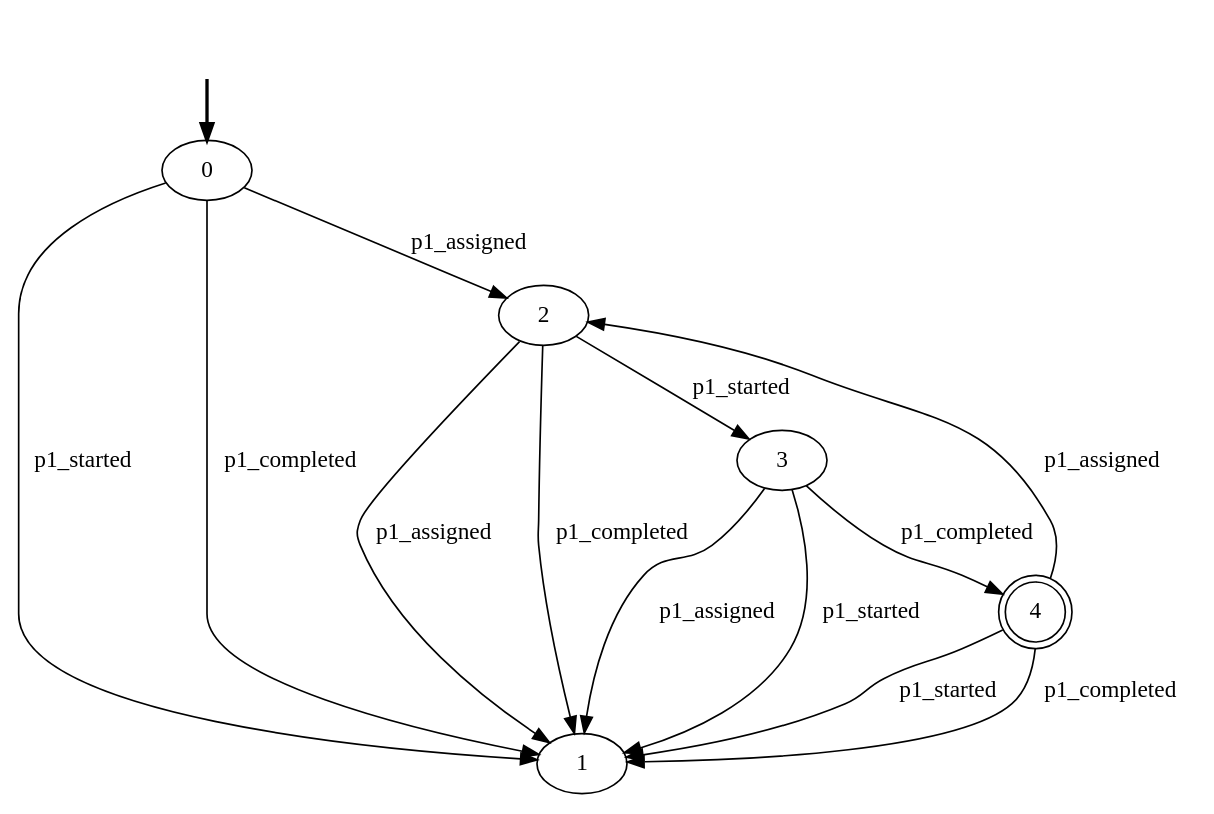
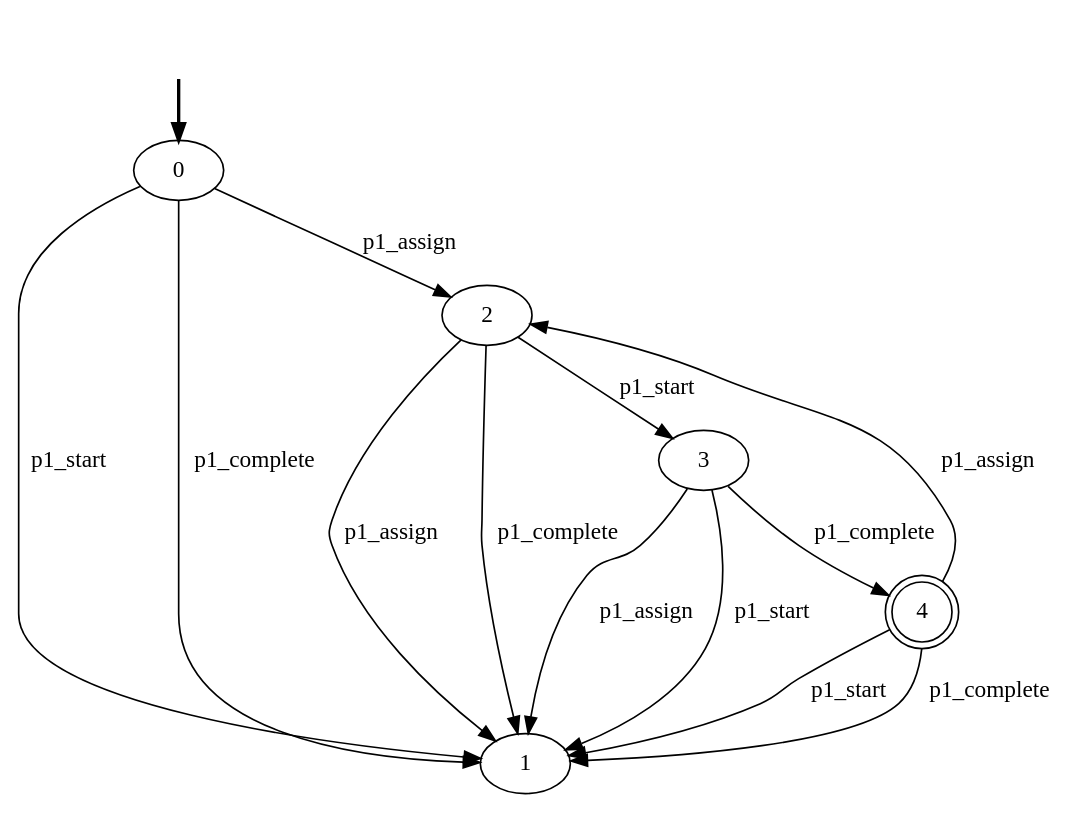
Before and after one commit to GianmarcoBordin/pddlTranslator: the diagram in out/production/Aligner/declarative-models/Data-Aware/5-CONSTRAINTS/p1_lifecycle.dot, drawn with Graphviz. The commit also changed 87 other files, not shown here.

```diff
--- a/out/production/Aligner/declarative-models/Data-Aware/5-CONSTRAINTS/p1_lifecycle.dot
+++ b/out/production/Aligner/declarative-models/Data-Aware/5-CONSTRAINTS/p1_lifecycle.dot
@@ -1,21 +1,21 @@
 digraph {
 		fake0 [style=invisible]
 		0 [root=true]
 		1
 		2
 		3
 		4 [shape=doublecircle]
 		fake0 -> 0 [style=bold]
-		2 -> 1 [label=p1_assigned]
-		2 -> 3 [label=p1_started]
-		2 -> 1 [label=p1_completed]
-		3 -> 1 [label=p1_assigned]
-		3 -> 1 [label=p1_started]
-		3 -> 4 [label=p1_completed]
-		4 -> 2 [label=p1_assigned]
-		4 -> 1 [label=p1_started]
-		4 -> 1 [label=p1_completed]
-		0 -> 2 [label=p1_assigned]
-		0 -> 1 [label=p1_started]
-		0 -> 1 [label=p1_completed]
+		2 -> 1 [label=p1_assign]
+		2 -> 3 [label=p1_start]
+		2 -> 1 [label=p1_complete]
+		3 -> 1 [label=p1_assign]
+		3 -> 1 [label=p1_start]
+		3 -> 4 [label=p1_complete]
+		4 -> 2 [label=p1_assign]
+		4 -> 1 [label=p1_start]
+		4 -> 1 [label=p1_complete]
+		0 -> 2 [label=p1_assign]
+		0 -> 1 [label=p1_start]
+		0 -> 1 [label=p1_complete]
 }
```
